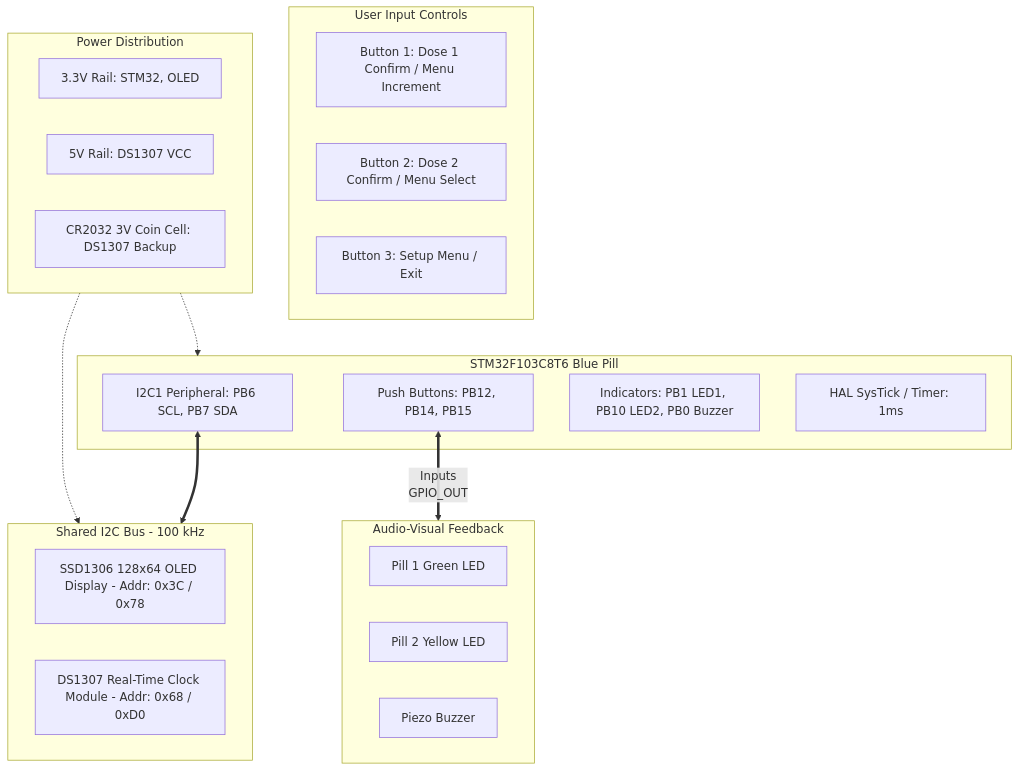
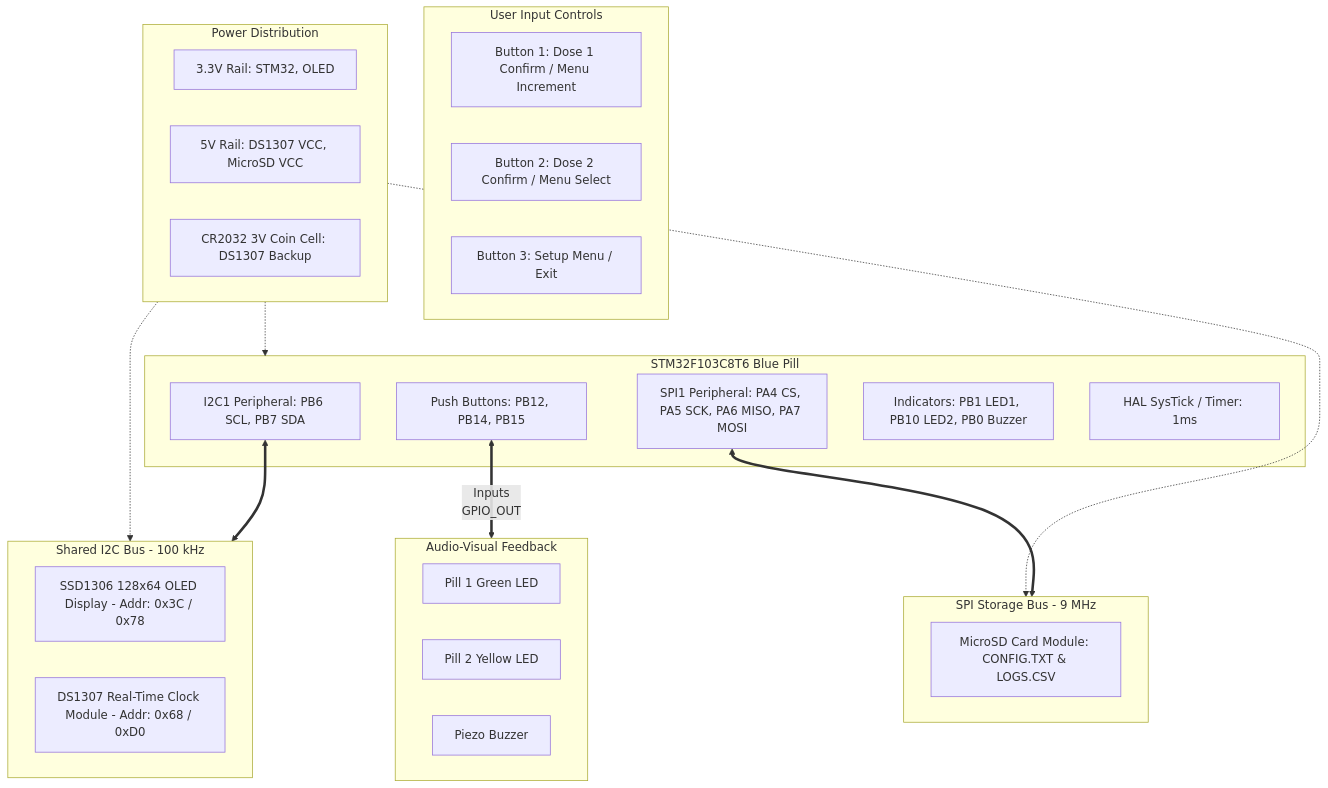
Before and after one commit to H4riiii/MC: the first of 2 diagrams in docs/01_project_overview.md, drawn with Mermaid. The commit also changed other lines of this file and 4 other files, not shown here.

Commit message:
Update evaluation docs: SD Card SPI1 subsystem, I2C scanner, voltage constraints, and viva QA

````diff
--- a/docs/01_project_overview.md
+++ b/docs/01_project_overview.md
@@ -17,38 +18,45 @@
 ```mermaid
 graph TD
     subgraph Controller [STM32F103C8T6 Blue Pill]
         I2C1[I2C1 Peripheral: PB6 SCL, PB7 SDA]
+        SPI1[SPI1 Peripheral: PA4 CS, PA5 SCK, PA6 MISO, PA7 MOSI]
         GPIO_IN[Push Buttons: PB12, PB14, PB15]
         GPIO_OUT[Indicators: PB1 LED1, PB10 LED2, PB0 Buzzer]
         SYS_TICK[HAL SysTick / Timer: 1ms]
     end
 
     subgraph I2C_Bus [Shared I2C Bus - 100 kHz]
         OLED[SSD1306 128x64 OLED Display - Addr: 0x3C / 0x78]
         RTC[DS1307 Real-Time Clock Module - Addr: 0x68 / 0xD0]
+    end
+
+    subgraph SPI_Storage [SPI Storage Bus - 9 MHz]
+        SD[MicroSD Card Module: CONFIG.TXT & LOGS.CSV]
     end
 
     subgraph Inputs [User Input Controls]
         BTN1[Button 1: Dose 1 Confirm / Menu Increment]
         BTN2[Button 2: Dose 2 Confirm / Menu Select]
         BTN3[Button 3: Setup Menu / Exit]
     end
 
     subgraph Outputs [Audio-Visual Feedback]
         LED1[Pill 1 Green LED]
         LED2[Pill 2 Yellow LED]
         BUZZ[Piezo Buzzer]
     end
 
     subgraph Power [Power Distribution]
         P3V3[3.3V Rail: STM32, OLED]
-        P5V[5V Rail: DS1307 VCC]
+        P5V[5V Rail: DS1307 VCC, MicroSD VCC]
         BATT[CR2032 3V Coin Cell: DS1307 Backup]
     end
 
     I2C1 <==> I2C_Bus
+    SPI1 <==> SPI_Storage
     GPIO_IN <== Inputs
     GPIO_OUT ==> Outputs
     Power -.-> Controller
     Power -.-> I2C_Bus
+    Power -.-> SPI_Storage
 ```
````
